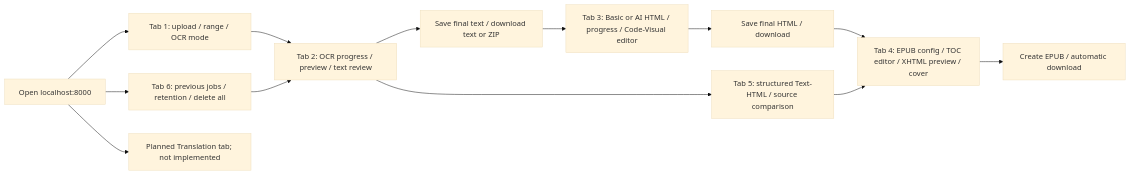
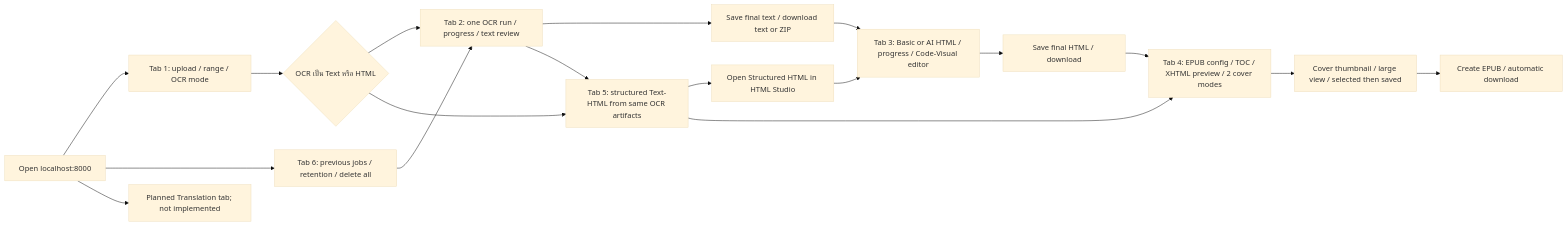
The fifth of 10 diagrams in readme.md (anuwatm/pdf-ocr-studio), drawn with Mermaid (base theme) before and after one commit. The commit also changed other lines of this file and 18 other files, not shown here.

Commit message:
feat: enhance EPUB cover selection, 300MB uploads, structured OCR, and update docs

````diff
--- a/readme.md
+++ b/readme.md
@@ -252,15 +267,20 @@
 ```mermaid
 flowchart LR
     Open["Open localhost:8000"] --> Upload["Tab 1: upload / range / OCR mode"]
-    Upload --> Text["Tab 2: OCR progress / preview / text review"]
+    Upload --> Choice{"OCR เป็น Text หรือ HTML"}
+    Choice --> Text["Tab 2: one OCR run / progress / text review"]
     Text --> Save["Save final text / download text or ZIP"]
     Save --> HTML["Tab 3: Basic or AI HTML / progress / Code-Visual editor"]
     HTML --> Final["Save final HTML / download"]
-    Final --> EPUB["Tab 4: EPUB config / TOC editor / XHTML preview / cover"]
-    EPUB --> Download["Create EPUB / automatic download"]
-    Text --> Structured["Tab 5: structured Text-HTML / source comparison"]
+    Final --> EPUB["Tab 4: EPUB config / TOC / XHTML preview / 2 cover modes"]
+    EPUB --> CoverPreview["Cover thumbnail / large view / selected then saved"]
+    CoverPreview --> Download["Create EPUB / automatic download"]
+    Choice --> Structured["Tab 5: structured Text-HTML from same OCR artifacts"]
+    Text --> Structured
+    Structured --> Studio["Open Structured HTML in HTML Studio"]
+    Studio --> HTML
     Structured --> EPUB
     Open --> History["Tab 6: previous jobs / retention / delete all"]
     History --> Text
     Open --> Translation["Planned Translation tab; not implemented"]
 ```
````
